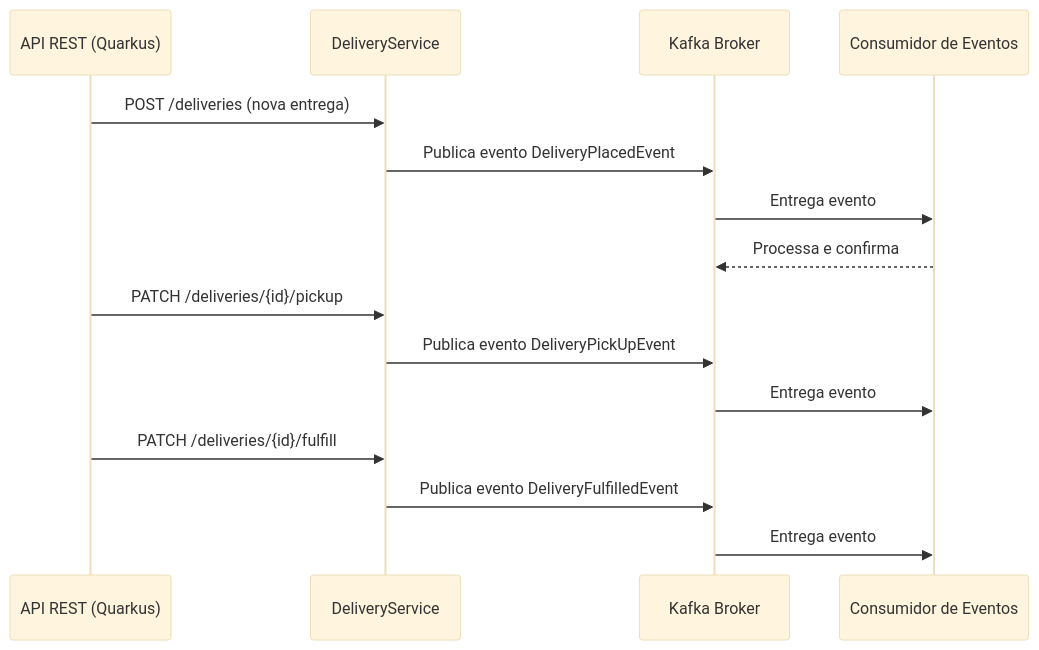
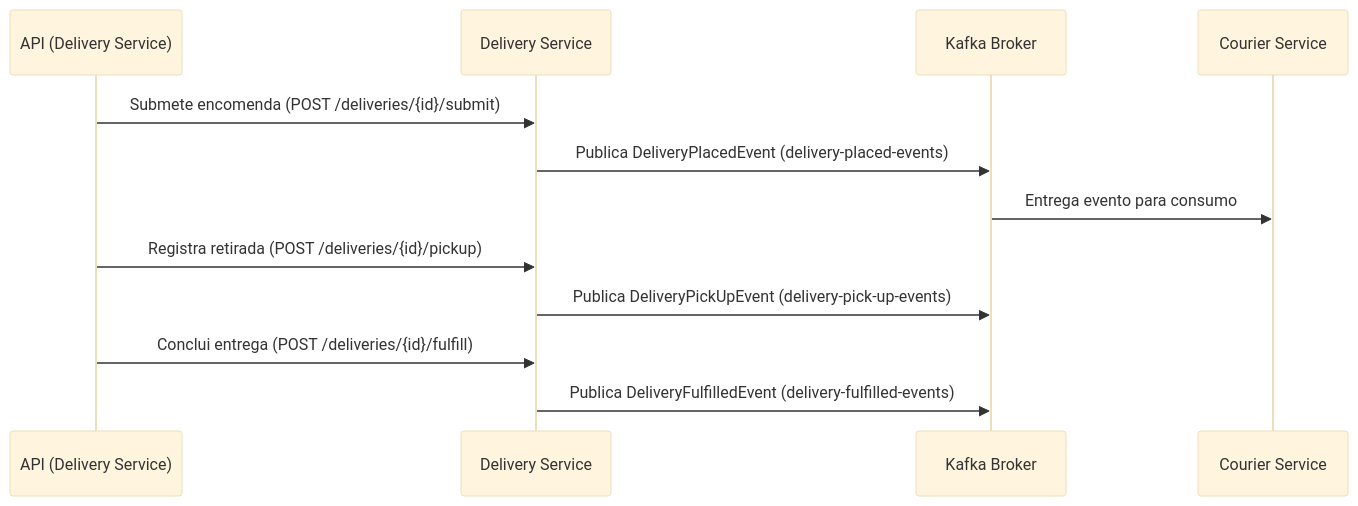
Before and after one commit to elvisassis/alga-delivery-quarkus: the diagram in Microservices/delivery-tracking/README.md, drawn with Mermaid (base theme). The commit also changed other lines of this file and 2 other files, not shown here.

Commit message:
Atualização do README.md de courier e delivery

````diff
--- a/Microservices/delivery-tracking/README.md
+++ b/Microservices/delivery-tracking/README.md
@@ -114,18 +89,17 @@
 ```mermaid
 sequenceDiagram
-    participant API as API REST (Quarkus)
-    participant Service as DeliveryService
+    participant API as API (Delivery Service)
+    participant Delivery as Delivery Service
     participant Kafka as Kafka Broker
-    participant Consumer as Consumidor de Eventos
+    participant Courier as Courier Service
 
-    API->>Service: POST /deliveries (nova entrega)
-    Service->>Kafka: Publica evento DeliveryPlacedEvent
-    Kafka->>Consumer: Entrega evento
-    Consumer-->>Kafka: Processa e confirma
-    API->>Service: PATCH /deliveries/{id}/pickup
-    Service->>Kafka: Publica evento DeliveryPickUpEvent
-    Kafka->>Consumer: Entrega evento
-    API->>Service: PATCH /deliveries/{id}/fulfill
-    Service->>Kafka: Publica evento DeliveryFulfilledEvent
-    Kafka->>Consumer: Entrega evento
+    API->>Delivery: Submete encomenda (POST /deliveries/{id}/submit)
+    Delivery->>Kafka: Publica DeliveryPlacedEvent (delivery-placed-events)
+    Kafka->>Courier: Entrega evento para consumo
+
+    API->>Delivery: Registra retirada (POST /deliveries/{id}/pickup)
+    Delivery->>Kafka: Publica DeliveryPickUpEvent (delivery-pick-up-events)
+
+    API->>Delivery: Conclui entrega (POST /deliveries/{id}/fulfill)
+    Delivery->>Kafka: Publica DeliveryFulfilledEvent (delivery-fulfilled-events)
 ```
````
